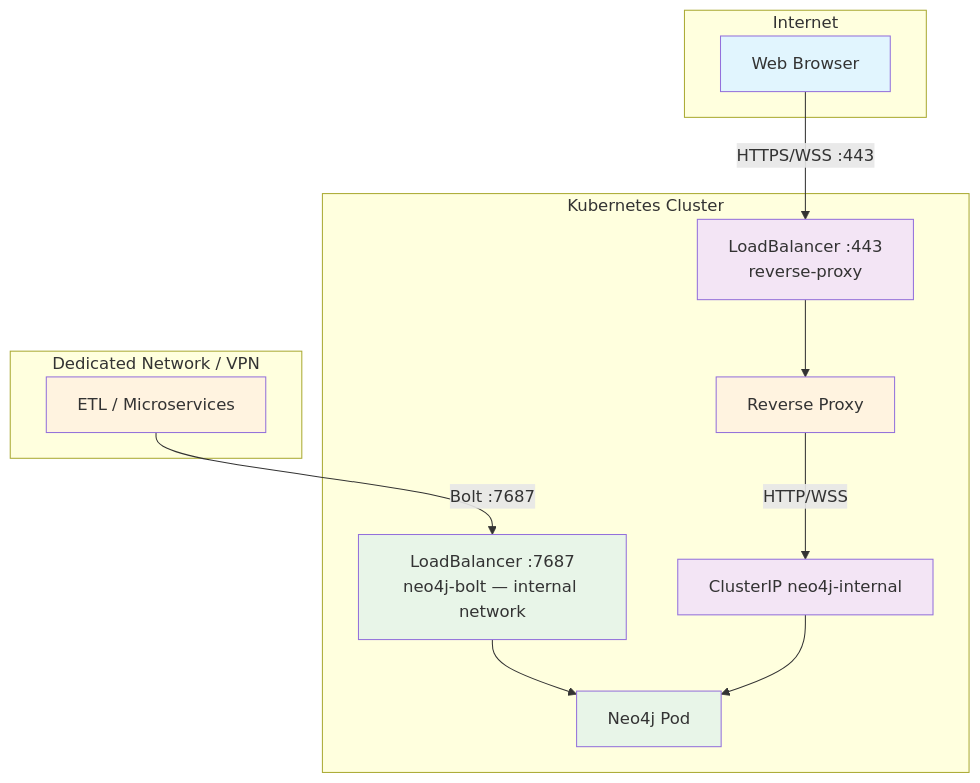
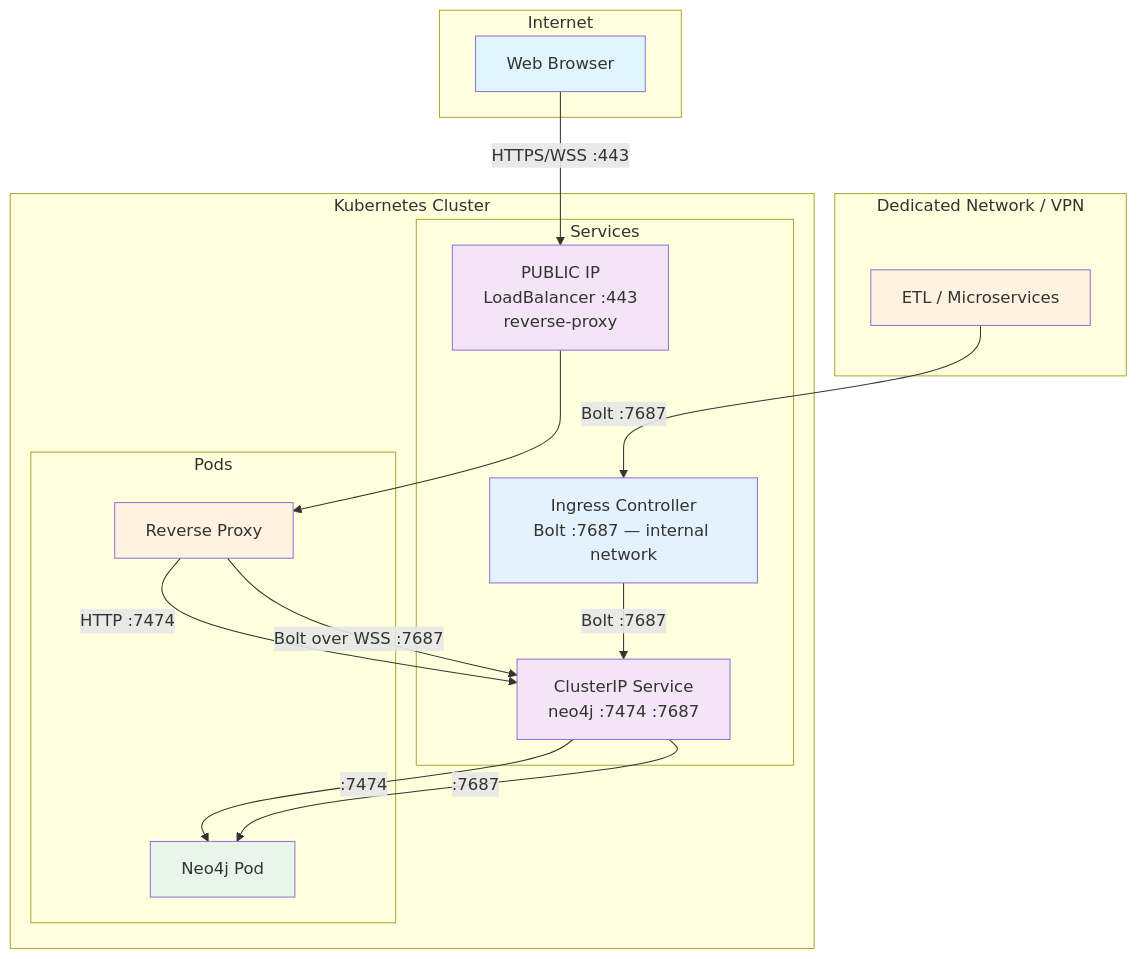
One commit to chboudry/neo4j-kubernetes changed the fifth of 6 diagrams in readme_network.md. Above: the diagram before and after it, drawn with Mermaid. The commit also changed other lines of this file, not shown here.

Commit message:
Update network architecture diagrams in README to clarify service configurations and improve accuracy of port mappings

````diff
--- a/readme_network.md
+++ b/readme_network.md
@@ -255,32 +258,38 @@
 ```mermaid
 graph TB
     subgraph "Internet"
         WebClient[Web Browser]
     end
     subgraph "Dedicated Network / VPN"
         InternalApp[ETL / Microservices]
     end
 
     subgraph "Kubernetes Cluster"
-        RPLB[LoadBalancer :443<br/>reverse-proxy]
-        BoltLB[LoadBalancer :7687<br/>neo4j-bolt — internal network]
-        RP[Reverse Proxy]
-        Neo4j[Neo4j Pod]
-        Neo4jSvc[ClusterIP neo4j-internal]
+        subgraph "Services"
+            RPLB[PUBLIC IP <br/>LoadBalancer :443<br/>reverse-proxy]
+            BoltIngress[Ingress Controller<br/>Bolt :7687 — internal network]
+            Neo4jSvc[ClusterIP Service<br/>neo4j :7474 :7687]
+        end
+        subgraph "Pods"
+            RP[Reverse Proxy]
+            Neo4j[Neo4j Pod]
+        end
     end
 
     WebClient -->|HTTPS/WSS :443| RPLB
-    InternalApp -->|Bolt :7687| BoltLB
+    InternalApp -->|Bolt :7687| BoltIngress
     RPLB --> RP
-    RP -->|HTTP/WSS| Neo4jSvc
-    BoltLB --> Neo4j
-    Neo4jSvc --> Neo4j
+    RP -->|HTTP :7474| Neo4jSvc
+    RP -->|Bolt over WSS :7687| Neo4jSvc
+    BoltIngress -->|Bolt :7687| Neo4jSvc
+    Neo4jSvc -->|:7474| Neo4j
+    Neo4jSvc -->|:7687| Neo4j
 
     style WebClient fill:#e1f5fe
     style InternalApp fill:#fff3e0
     style RPLB fill:#f3e5f5
-    style BoltLB fill:#e8f5e8
+    style BoltIngress fill:#e3f2fd
     style RP fill:#fff3e0
     style Neo4jSvc fill:#f3e5f5
     style Neo4j fill:#e8f5e8
 ```
````
